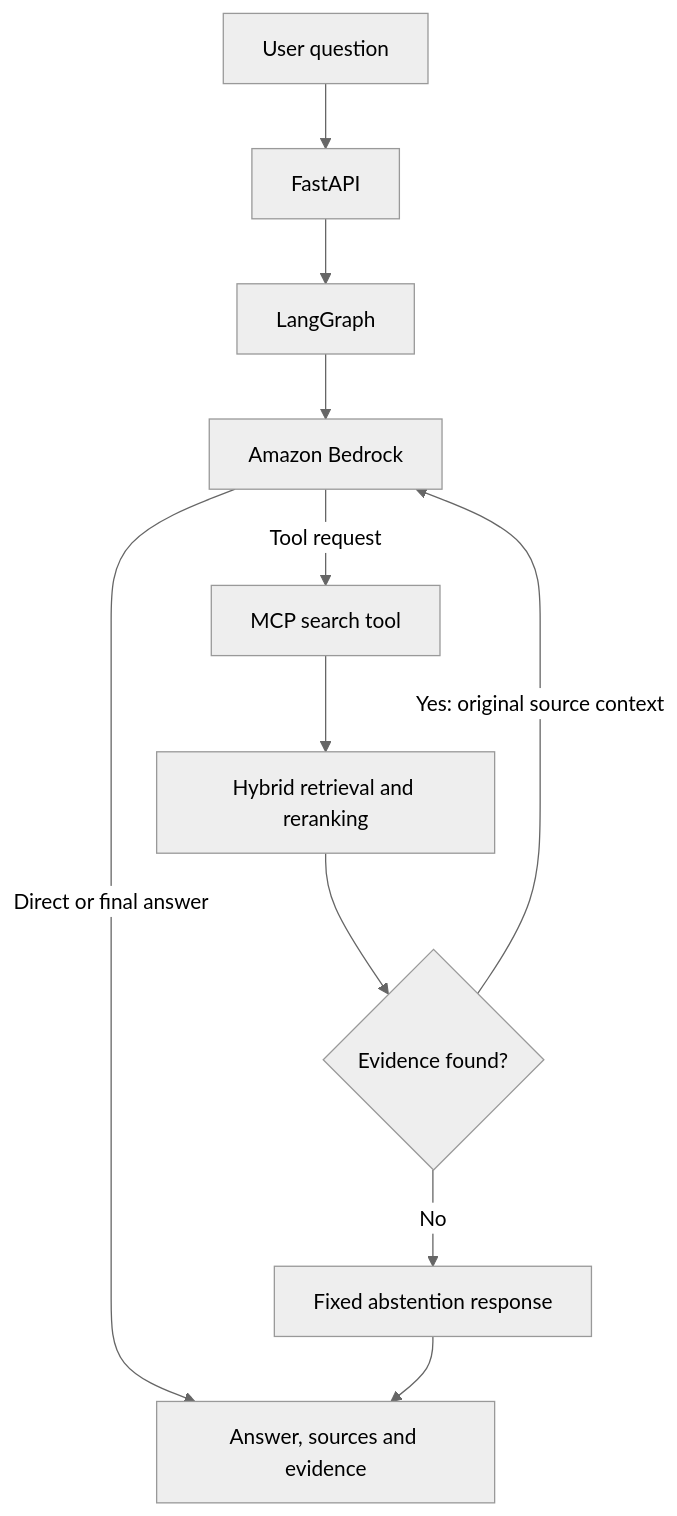
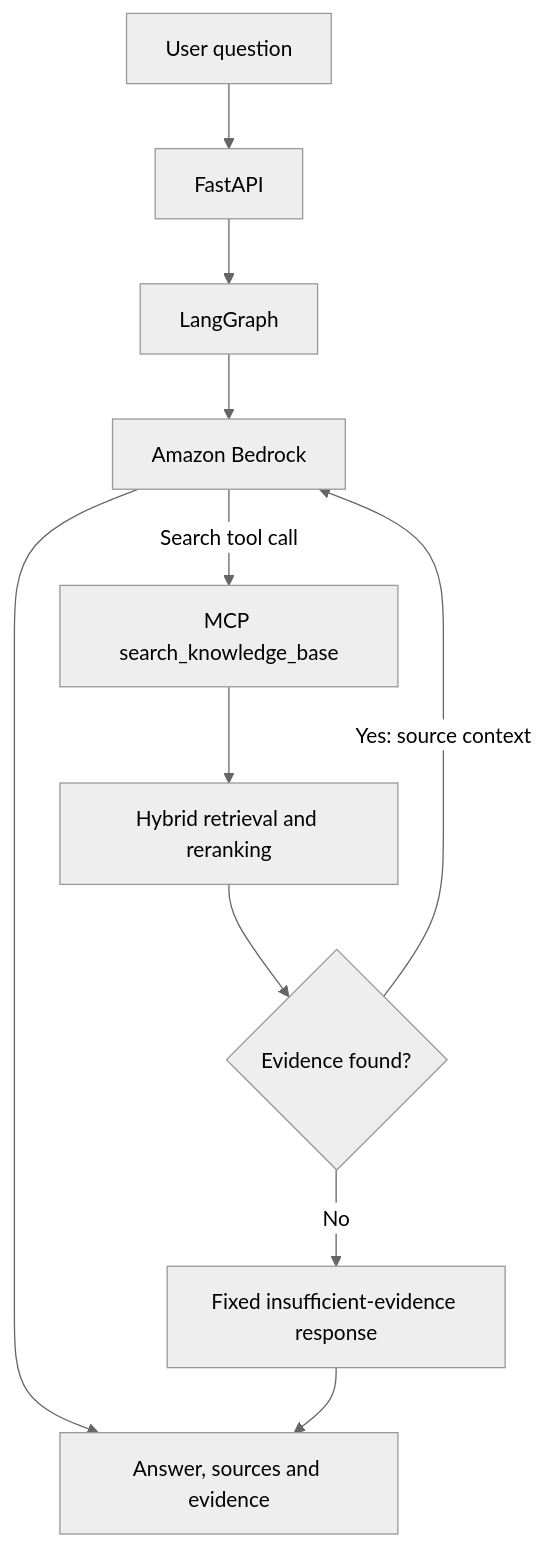
The diagram in README.md (AZ1600/rag-ops-assistant), drawn with Mermaid (neutral theme) before and after one commit. The commit also changed other lines of this file, not shown here.

Commit message:
docs: improve RAG Ops Assistant README and technical evidence

````diff
--- a/README.md
+++ b/README.md
@@ -48,13 +61,13 @@
 ```mermaid
 flowchart TD
     U[User question] --> API[FastAPI]
     API --> G[LangGraph]
     G --> B[Amazon Bedrock]
-    B -->|Tool request| M[MCP search tool]
+    B -->|Search tool call| M[MCP search_knowledge_base]
     M --> R[Hybrid retrieval and reranking]
     R --> E{Evidence found?}
-    E -->|Yes: original source context| B
-    E -->|No| A[Fixed abstention response]
-    B -->|Direct or final answer| O[Answer, sources and evidence]
+    E -->|Yes: source context| B
+    E -->|No| A[Fixed insufficient-evidence response]
+    B --> O[Answer, sources and evidence]
     A --> O
 ```
````
